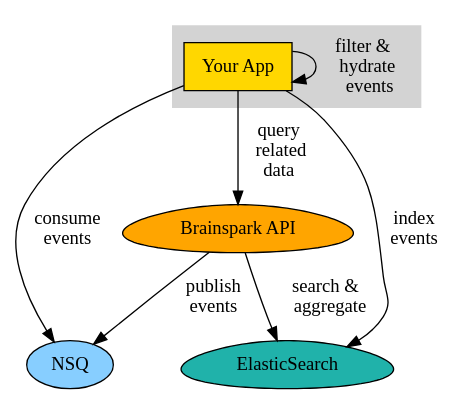
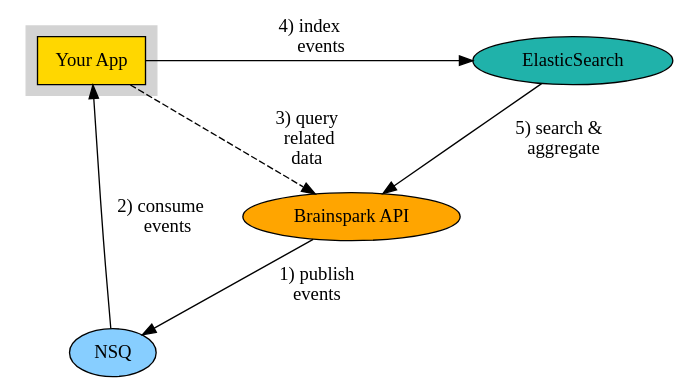
Before and after one commit to Mindflash/backend-coding-exercise: the diagram in architecture.dot, drawn with Graphviz. The commit also changed 5 other files, not shown here.

```diff
--- a/architecture.dot
+++ b/architecture.dot
@@ -1,20 +1,18 @@
 digraph architecture {
     nsq [label="NSQ" style="filled" fillcolor="skyblue1"]
-    brainspark [label="Brainspark API" shape="egg" style="filled" fillcolor="orange"]
-    es [label="ElasticSearch" shape="egg" style="filled" fillcolor="lightseagreen"]
+    brainspark [label="Brainspark API" style="filled" fillcolor="orange"]
+    es [label="ElasticSearch" style="filled" fillcolor="lightseagreen"]
     
-
-    brainspark->nsq [label="publish\nevents"]
-    app->nsq [label="consume\nevents"]
-    app->es [label="index\n events"]
-    brainspark->es [label="search &\n   aggregate"]
-    app->brainspark [label="query\n  related\ndata"]
+    brainspark->nsq [label=" 1) publish\nevents"]
+    nsq->app [label="2) consume   \nevents"]
+    app->brainspark [style="dashed" label="3) query\n  related\ndata"]
+    app->es [label="4) index\n                       events                 "]
+    es->brainspark [label="5) search &\n   aggregate"]
+    
 
     subgraph clusterApp {
         color="lightgrey"
         style="filled"
         app [label="Your App" shape="rect" style="filled" fillcolor="gold"]
-
-        app->app [label="filter &\n   hydrate\n    events"]
     }
 }
```
